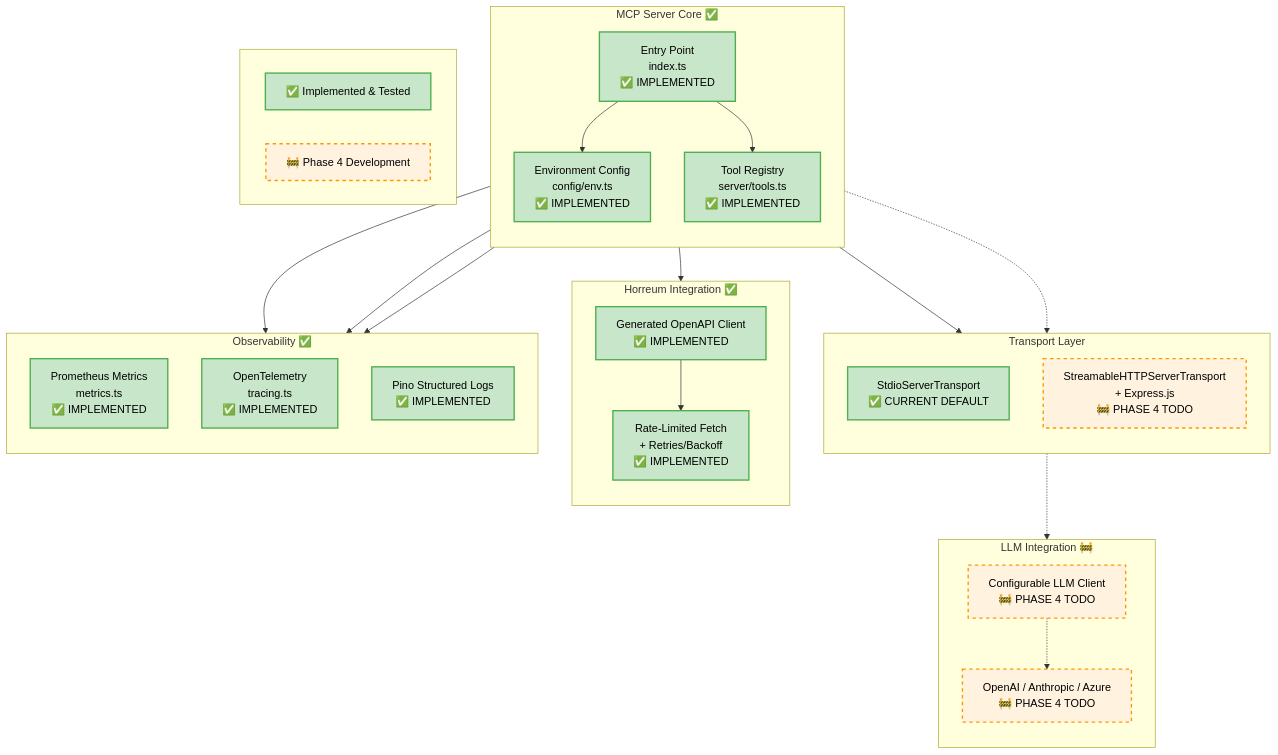
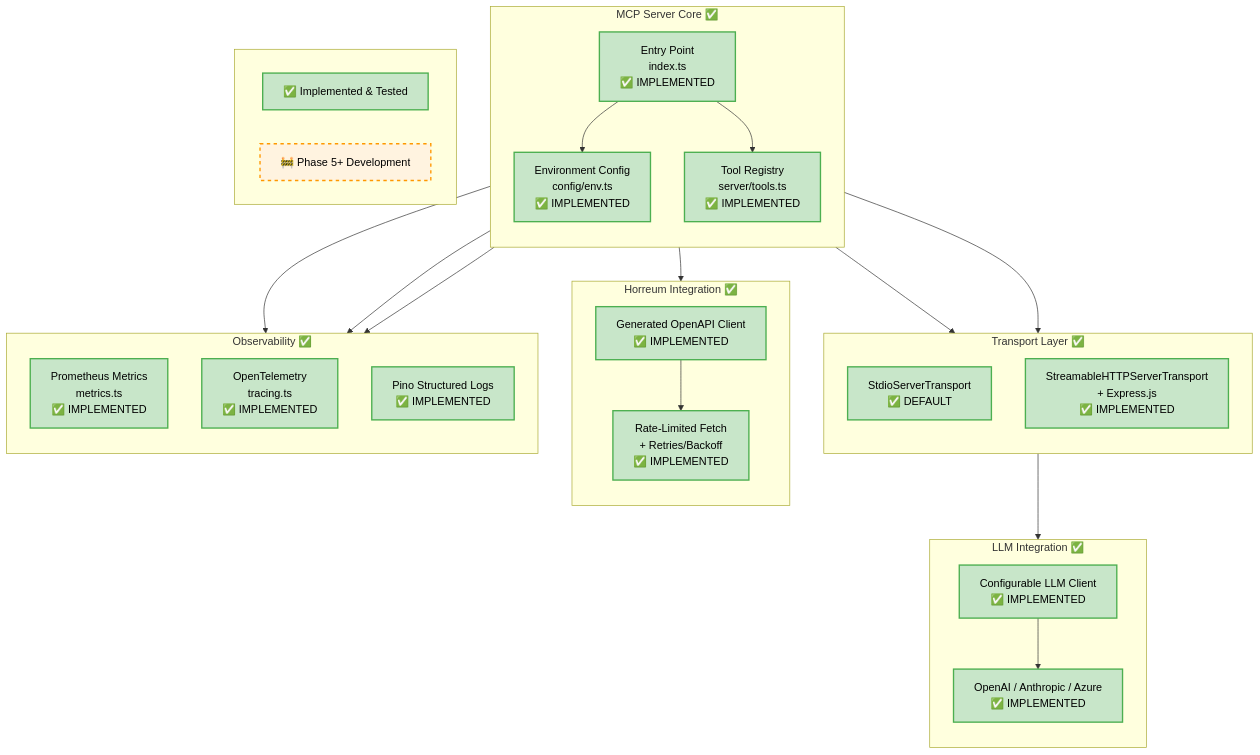
One commit to dustinblack/horreum-mcp changed the fourth of 4 diagrams in README.md. Above: the diagram before and after it, drawn with Mermaid. The commit also changed other lines of this file and 13 other files, not shown here.

First line of the commit message:
feat: implement Phase 4 - HTTP Standalone Mode with external LLM integration

````diff
--- a/README.md
+++ b/README.md
@@ -173,61 +172,60 @@
 ```mermaid
 graph TB
     subgraph "MCP Server Core ✅"
         direction TB
         ENTRY[Entry Point<br/>index.ts<br/>✅ IMPLEMENTED]
         TOOLS[Tool Registry<br/>server/tools.ts<br/>✅ IMPLEMENTED]
         ENV[Environment Config<br/>config/env.ts<br/>✅ IMPLEMENTED]
     end
     
-    subgraph "Transport Layer"
+    subgraph "Transport Layer ✅"
         direction TB
-        STDIO_T[StdioServerTransport<br/>✅ CURRENT DEFAULT]
-        HTTP_T[StreamableHTTPServerTransport<br/>+ Express.js<br/>🚧 PHASE 4 TODO]
+        STDIO_T[StdioServerTransport<br/>✅ DEFAULT]
+        HTTP_T[StreamableHTTPServerTransport<br/>+ Express.js<br/>✅ IMPLEMENTED]
     end
     
     subgraph "Horreum Integration ✅"
         direction TB
         CLIENT[Generated OpenAPI Client<br/>✅ IMPLEMENTED]
         FETCH[Rate-Limited Fetch<br/>+ Retries/Backoff<br/>✅ IMPLEMENTED]
     end
     
-    subgraph "LLM Integration 🚧"
+    subgraph "LLM Integration ✅"
         direction TB
-        LLM_CLIENT[Configurable LLM Client<br/>🚧 PHASE 4 TODO]
-        PROVIDERS[OpenAI / Anthropic / Azure<br/>🚧 PHASE 4 TODO]
+        LLM_CLIENT[Configurable LLM Client<br/>✅ IMPLEMENTED]
+        PROVIDERS[OpenAI / Anthropic / Azure<br/>✅ IMPLEMENTED]
     end
     
     subgraph "Observability ✅"
         direction TB
         METRICS[Prometheus Metrics<br/>metrics.ts<br/>✅ IMPLEMENTED]
         TRACING[OpenTelemetry<br/>tracing.ts<br/>✅ IMPLEMENTED]
         LOGGING[Pino Structured Logs<br/>✅ IMPLEMENTED]
     end
     
     ENTRY --> ENV
     ENTRY --> TOOLS
     ENTRY --> STDIO_T
-    ENTRY -.-> HTTP_T
+    ENTRY --> HTTP_T
     TOOLS --> CLIENT
     CLIENT --> FETCH
-    HTTP_T -.-> LLM_CLIENT
-    LLM_CLIENT -.-> PROVIDERS
+    HTTP_T --> LLM_CLIENT
+    LLM_CLIENT --> PROVIDERS
     TOOLS --> METRICS
     TOOLS --> TRACING
     TOOLS --> LOGGING
     
     classDef implemented fill:#c8e6c9,stroke:#4caf50,stroke-width:2px,color:#000000
     classDef planned fill:#fff3e0,stroke:#ff9800,stroke-width:2px,stroke-dasharray: 5 5,color:#000000
     
-    class ENTRY,TOOLS,ENV,STDIO_T,CLIENT,FETCH,METRICS,TRACING,LOGGING implemented
-    class HTTP_T,LLM_CLIENT,PROVIDERS planned
+    class ENTRY,TOOLS,ENV,STDIO_T,CLIENT,FETCH,METRICS,TRACING,LOGGING,HTTP_T,LLM_CLIENT,PROVIDERS implemented
     
     %% Implementation Status
     subgraph Status[" "]
         S1[✅ Implemented & Tested]
-        S2[🚧 Phase 4 Development]
+        S2[🚧 Phase 5+ Development]
     end
     
     class S1 implemented
     class S2 planned
 ```
````
